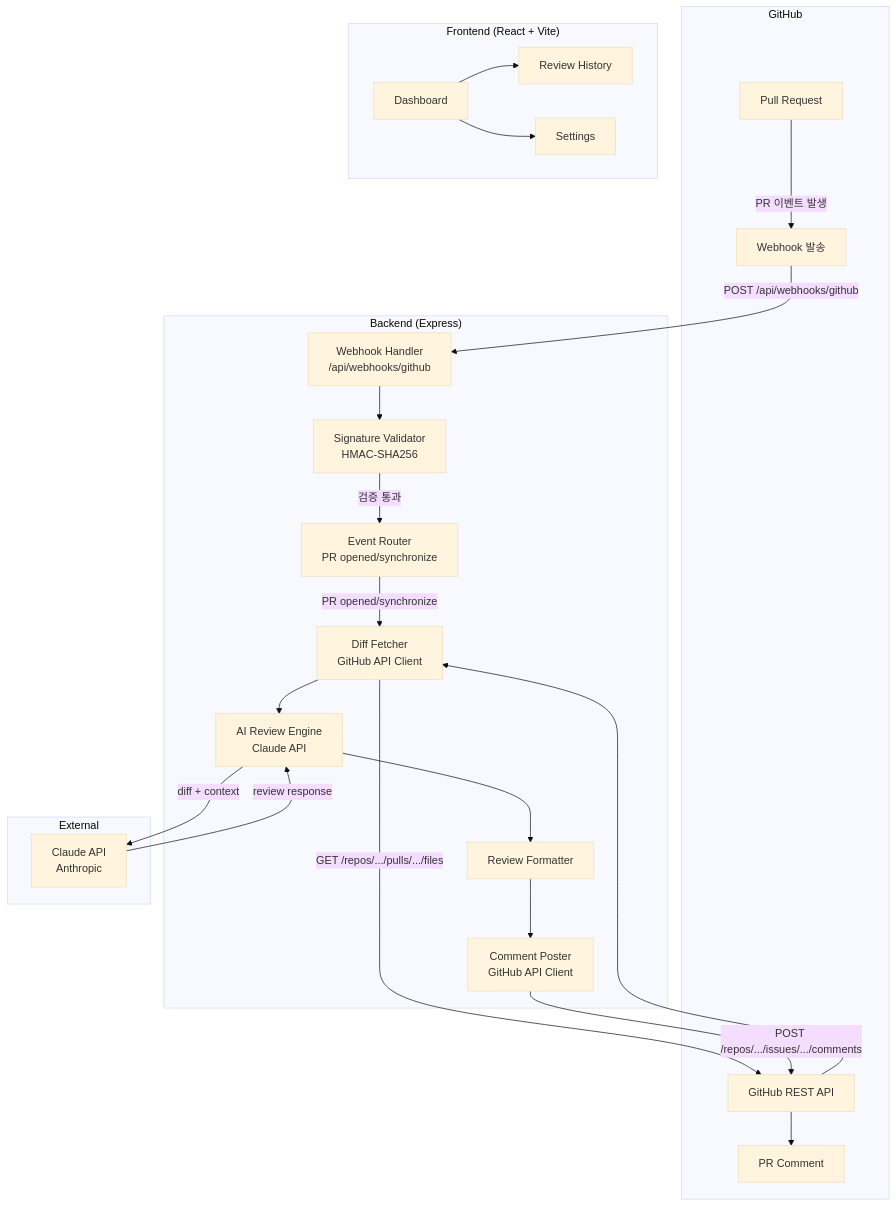
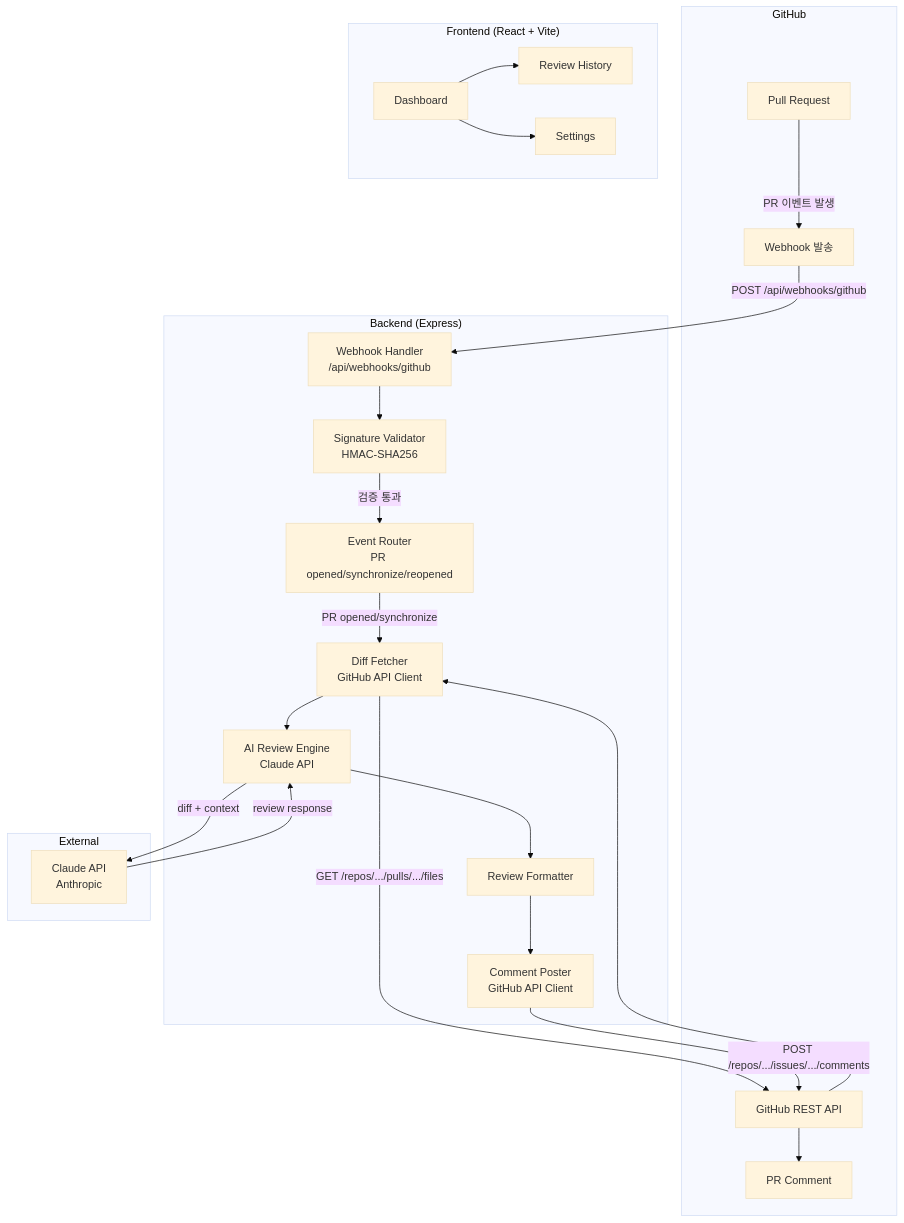
The first of 4 diagrams in docs/architecture.md (koreahghg/PR-Insight), drawn with Mermaid (base theme) before and after one commit. The commit also changed other lines of this file, not shown here.

Commit message:
docs: 코드 리뷰 반영 - Event Router reopened 추가, 타임아웃 및 rate limit 설명 수정

````diff
--- a/docs/architecture.md
+++ b/docs/architecture.md
@@ -15,47 +15,47 @@
 ```mermaid
 graph TB
   subgraph GitHub
     GH_PR[Pull Request]
     GH_WH[Webhook 발송]
     GH_API[GitHub REST API]
     GH_CMT[PR Comment]
   end
 
   subgraph Backend["Backend (Express)"]
     WH_HANDLER[Webhook Handler<br/>/api/webhooks/github]
     WH_VALIDATOR[Signature Validator<br/>HMAC-SHA256]
-    EVENT_ROUTER[Event Router<br/>PR opened/synchronize]
+    EVENT_ROUTER[Event Router<br/>PR opened/synchronize/reopened]
     DIFF_FETCHER[Diff Fetcher<br/>GitHub API Client]
     AI_ENGINE[AI Review Engine<br/>Claude API]
     REVIEW_FORMATTER[Review Formatter]
     COMMENT_POSTER[Comment Poster<br/>GitHub API Client]
   end
 
   subgraph Frontend["Frontend (React + Vite)"]
     DASHBOARD[Dashboard]
     HISTORY[Review History]
     SETTINGS[Settings]
   end
 
   subgraph External
     CLAUDE[Claude API<br/>Anthropic]
   end
 
   GH_PR -->|PR 이벤트 발생| GH_WH
   GH_WH -->|POST /api/webhooks/github| WH_HANDLER
   WH_HANDLER --> WH_VALIDATOR
   WH_VALIDATOR -->|검증 통과| EVENT_ROUTER
   EVENT_ROUTER -->|PR opened/synchronize| DIFF_FETCHER
   DIFF_FETCHER -->|GET /repos/.../pulls/.../files| GH_API
   GH_API --> DIFF_FETCHER
   DIFF_FETCHER --> AI_ENGINE
   AI_ENGINE -->|diff + context| CLAUDE
   CLAUDE -->|review response| AI_ENGINE
   AI_ENGINE --> REVIEW_FORMATTER
   REVIEW_FORMATTER --> COMMENT_POSTER
   COMMENT_POSTER -->|POST /repos/.../issues/.../comments| GH_API
   GH_API --> GH_CMT
 
   DASHBOARD --> HISTORY
   DASHBOARD --> SETTINGS
 ```
````
